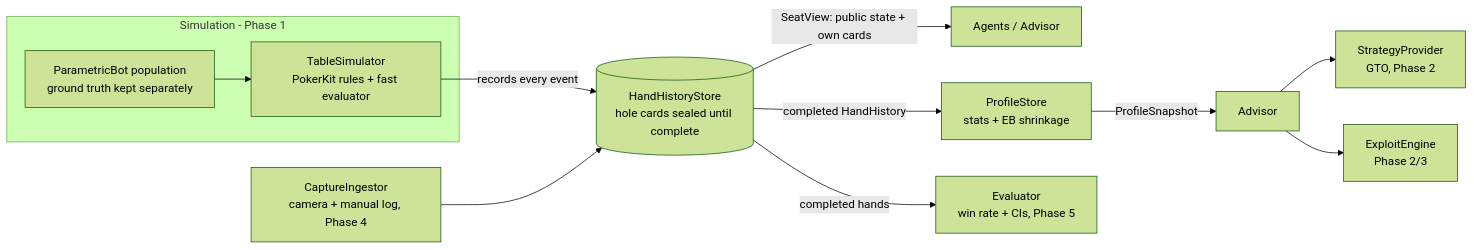
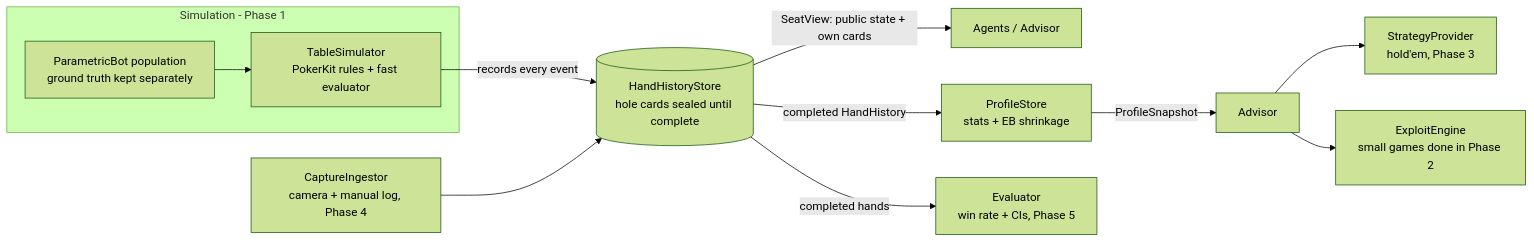
The diagram in README.md (connorK0/Poker-Lab), drawn with Mermaid (forest theme) before and after one commit. The commit also changed other lines of this file and 1 other file, not shown here.

First line of the commit message:
Phase 2 wrap-up: README results section, build log Step 24, PROGRESS

````diff
--- a/README.md
+++ b/README.md
@@ -177,13 +329,13 @@
 ```mermaid
 flowchart LR
     subgraph sim [Simulation - Phase 1]
       bots[ParametricBot population<br/>ground truth kept separately] --> eng[TableSimulator<br/>PokerKit rules + fast evaluator]
     end
     eng -->|records every event| store[(HandHistoryStore<br/>hole cards sealed until complete)]
     cap[CaptureIngestor<br/>camera + manual log, Phase 4] --> store
     store -->|SeatView: public state + own cards| agents[Agents / Advisor]
     store -->|completed HandHistory| prof[ProfileStore<br/>stats + EB shrinkage]
     prof -->|ProfileSnapshot| adv[Advisor]
-    adv --> strat[StrategyProvider<br/>GTO, Phase 2] & expl[ExploitEngine<br/>Phase 2/3]
+    adv --> strat[StrategyProvider<br/>hold'em, Phase 3] & expl[ExploitEngine<br/>small games done in Phase 2]
     store -->|completed hands| evalr[Evaluator<br/>win rate + CIs, Phase 5]
 ```
````
